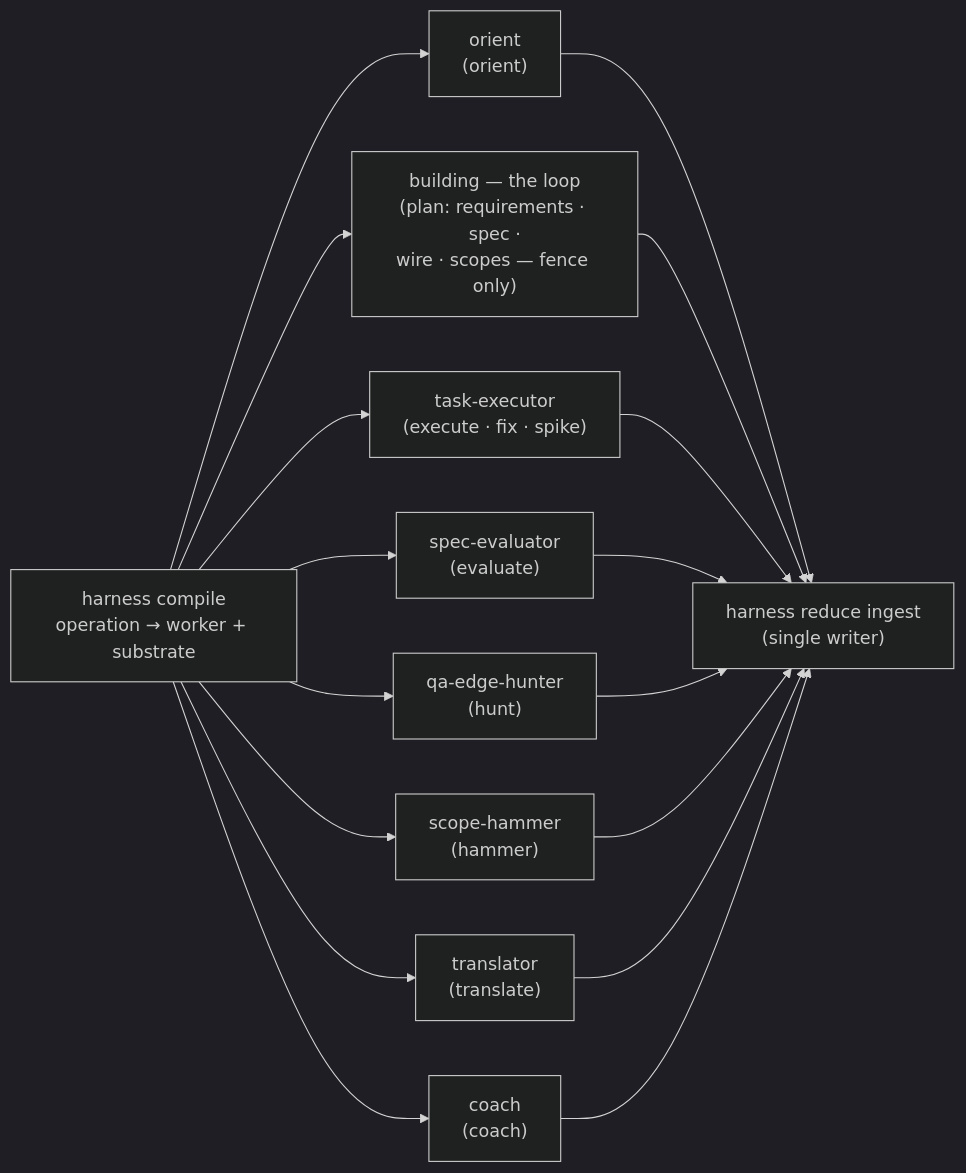
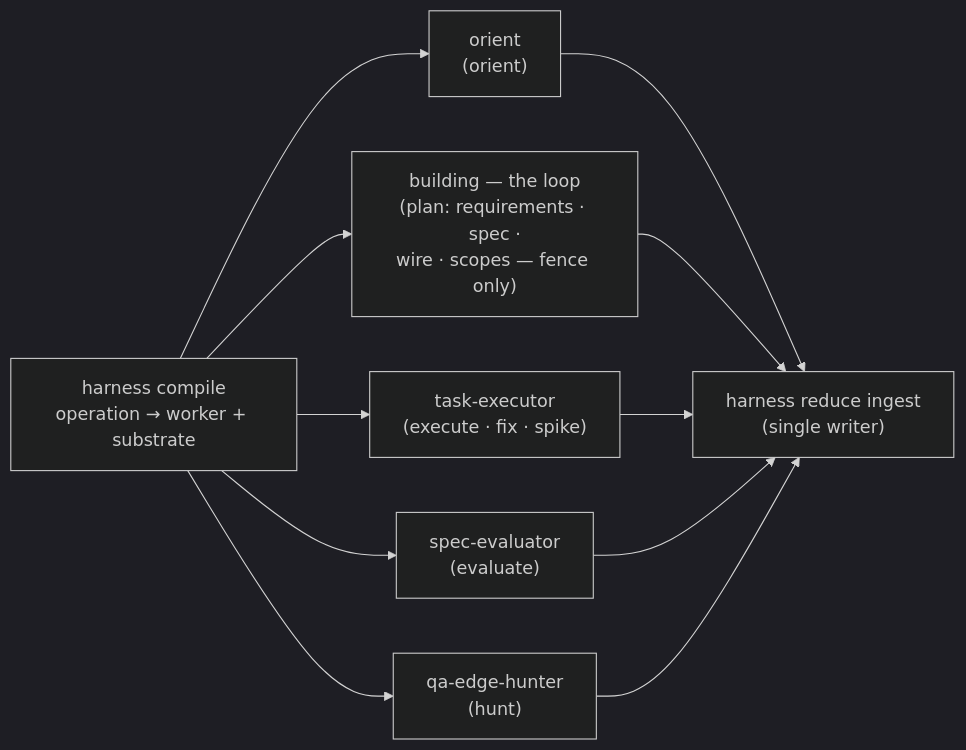
The second of 3 diagrams in docs/design/03-system-design.md (nguyenvanphituoc/shapeup-sdlc-plugin), drawn with Mermaid (dark theme) before and after one commit. The commit also changed other lines of this file and 62 other files, not shown here.

````diff
--- a/docs/design/03-system-design.md
+++ b/docs/design/03-system-design.md
@@ -74,20 +74,14 @@
 ```mermaid
 graph LR
     CO["harness compile<br/>operation → worker + substrate"]
     CO --> ORI["orient<br/>(orient)"]
     CO --> PL["building — the loop<br/>(plan: requirements · spec ·<br/>wire · scopes — fence only)"]
     CO --> TE["task-executor<br/>(execute · fix · spike)"]
     CO --> SE["spec-evaluator<br/>(evaluate)"]
     CO --> QA["qa-edge-hunter<br/>(hunt)"]
-    CO --> SH["scope-hammer<br/>(hammer)"]
-    CO --> TR["translator<br/>(translate)"]
-    CO --> CH["coach<br/>(coach)"]
     ORI --> IR["harness reduce ingest<br/>(single writer)"]
     PL --> IR
     TE --> IR
     SE --> IR
     QA --> IR
-    SH --> IR
-    TR --> IR
-    CH --> IR
 ```
````
